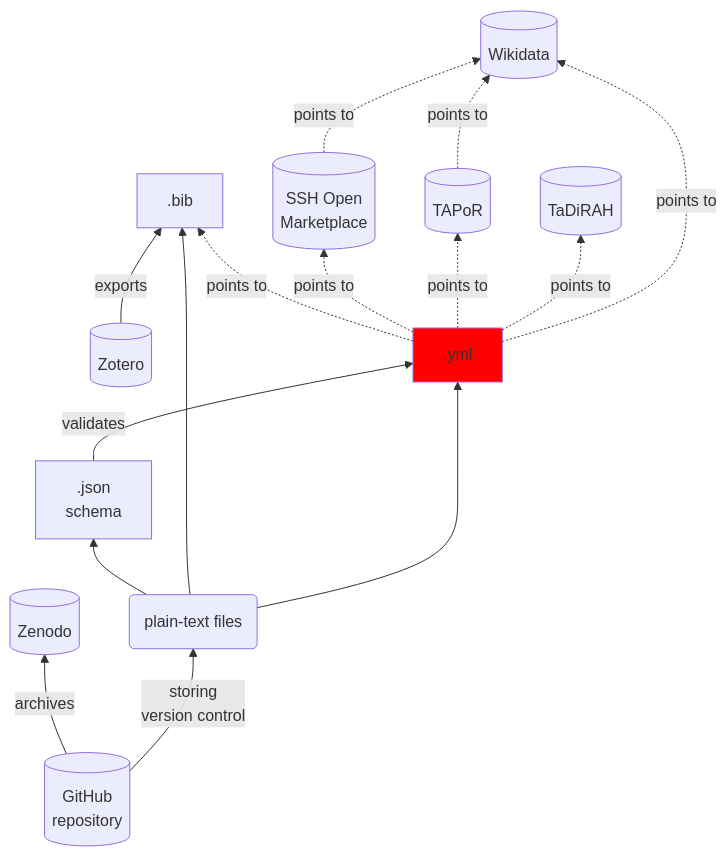
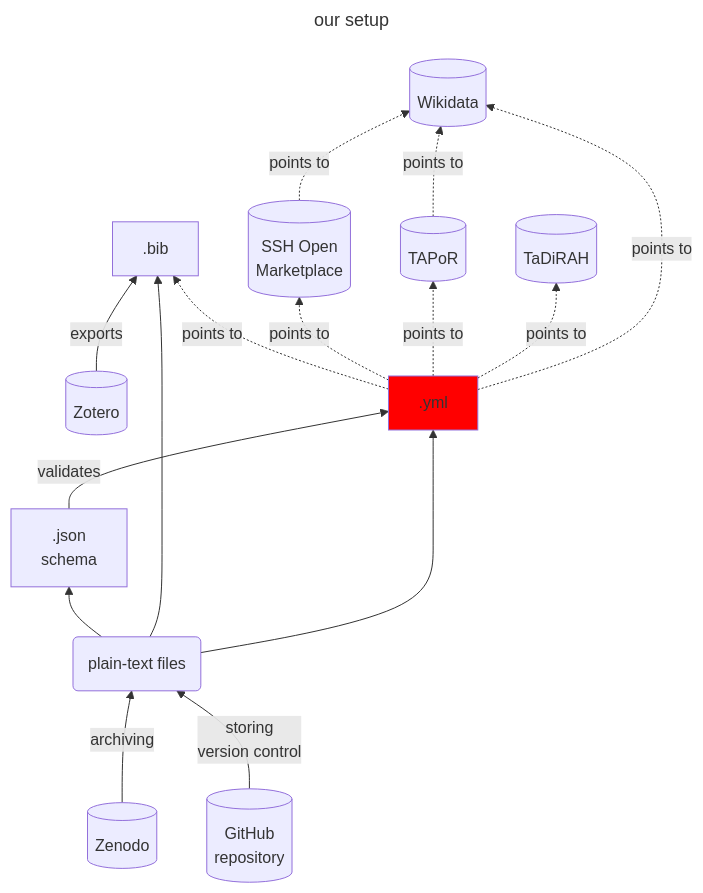
Before and after one commit to FuReSH/slides: the first of 4 diagrams in assets/mermaid-charts.md, drawn with Mermaid. The commit also changed other lines of this file and 1 other file, not shown here.

Commit message:
added worflow diagram

```diff
--- a/assets/mermaid-charts.md
+++ b/assets/mermaid-charts.md
@@ -43,30 +43,34 @@
 <pre class="mermaid">
+--- 
+title: our setup
+---
+
 flowchart BT
     repo1[(GitHub\nrepository)]
     repo2[(Zenodo)]
     source1[(Wikidata)]
     bibl1[(Zotero)]
     dir1[(TAPoR)]
     dir2[(SSH Open\nMarketplace)]
     ont1[(TaDiRAH)]
     file1[.yml]
     file2[.bib]
     file3[.json\nschema]
     files(plain-text files)
 
     file1 -.->|points to| source1 & ont1 & dir1 & dir2 & file2
     dir1 & dir2 -.->|points to| source1
     file3 -->|validates| file1
     bibl1 -->|exports| file2
     repo1 -->|storing\nversion control| files
     files --> file1 & file2 & file3
-    repo1 -->|archives| repo2
+    repo2 -->|archiving| files
 
     %% do not set opacity as it will remove the text content
     classDef importance4 fill:red;
     classDef importance3 fill:orange;
     classDef importance2 fill:yellow;
     classDef importance1 fill:green;
 
     class file1 importance4
 </pre>
```
